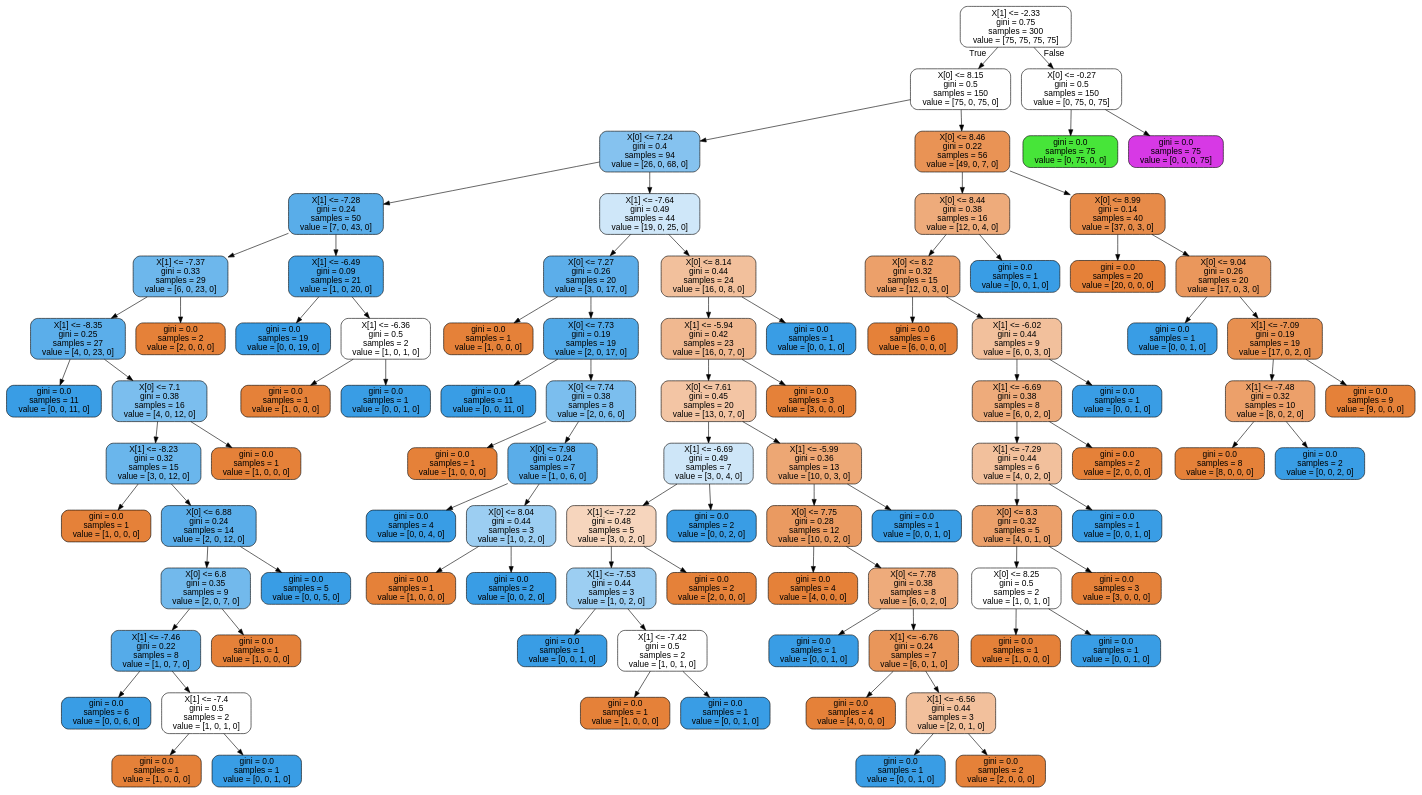
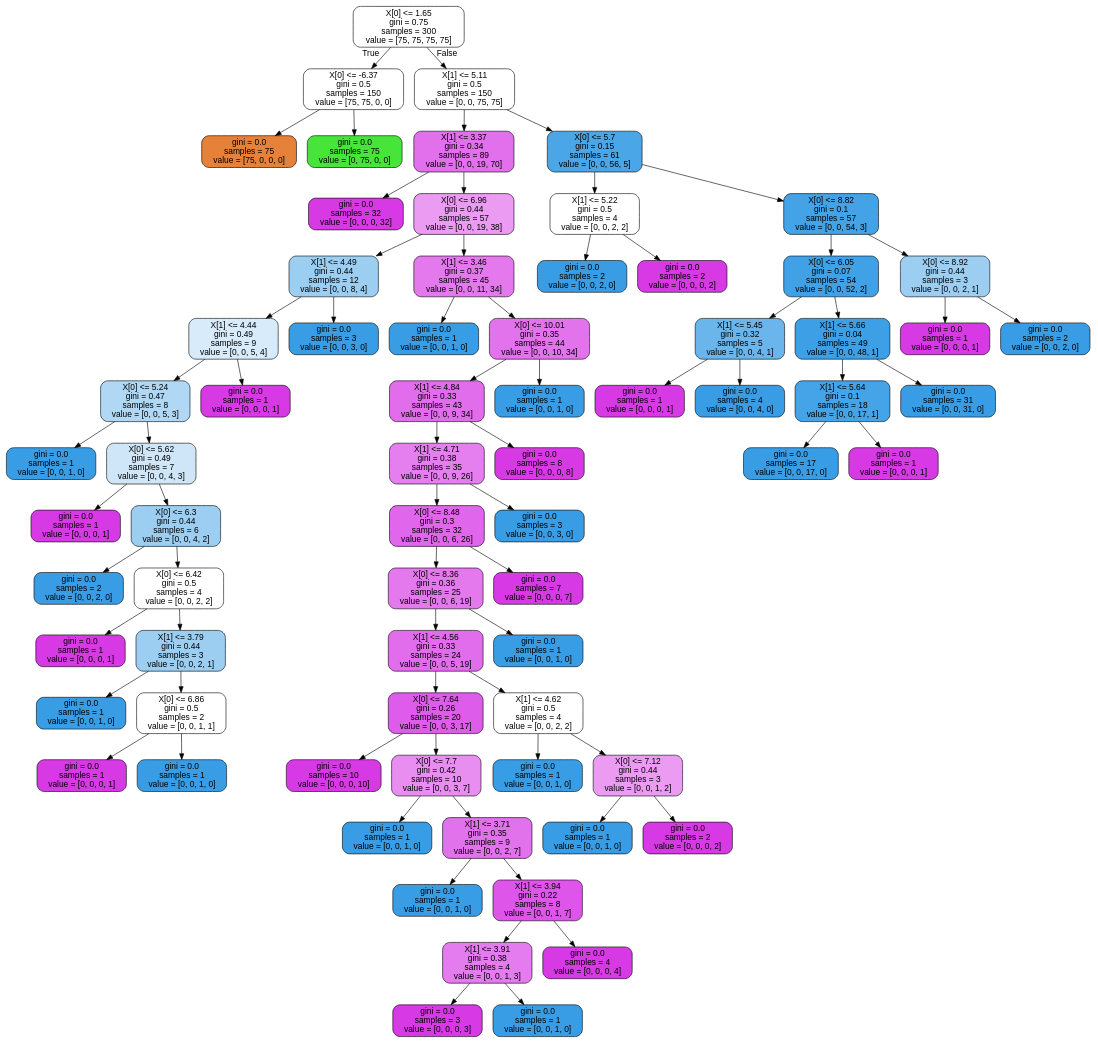
One commit to darcsoel/sandbox changed the diagram in machine_learning/sklearn_/tasks/tree.dot. Above: the diagram before and after it, drawn with Graphviz. The commit also changed 22 other files, not shown here.

```diff
--- a/machine_learning/sklearn_/tasks/tree.dot
+++ b/machine_learning/sklearn_/tasks/tree.dot
@@ -1,185 +1,145 @@
 digraph Tree {
 node [shape=box, style="filled, rounded", color="black", fontname=helvetica] ;
 edge [fontname=helvetica] ;
-0 [label="X[1] <= -2.33\ngini = 0.75\nsamples = 300\nvalue = [75, 75, 75, 75]", fillcolor="#ffffff"] ;
-1 [label="X[0] <= 8.15\ngini = 0.5\nsamples = 150\nvalue = [75, 0, 75, 0]", fillcolor="#ffffff"] ;
+0 [label="X[0] <= 1.65\ngini = 0.75\nsamples = 300\nvalue = [75, 75, 75, 75]", fillcolor="#ffffff"] ;
+1 [label="X[0] <= -6.37\ngini = 0.5\nsamples = 150\nvalue = [75, 75, 0, 0]", fillcolor="#ffffff"] ;
 0 -> 1 [labeldistance=2.5, labelangle=45, headlabel="True"] ;
-2 [label="X[0] <= 7.24\ngini = 0.4\nsamples = 94\nvalue = [26, 0, 68, 0]", fillcolor="#85c2ef"] ;
+2 [label="gini = 0.0\nsamples = 75\nvalue = [75, 0, 0, 0]", fillcolor="#e58139"] ;
 1 -> 2 ;
-3 [label="X[1] <= -7.28\ngini = 0.24\nsamples = 50\nvalue = [7, 0, 43, 0]", fillcolor="#59ade9"] ;
-2 -> 3 ;
-4 [label="X[1] <= -7.37\ngini = 0.33\nsamples = 29\nvalue = [6, 0, 23, 0]", fillcolor="#6db7ec"] ;
-3 -> 4 ;
-5 [label="X[1] <= -8.35\ngini = 0.25\nsamples = 27\nvalue = [4, 0, 23, 0]", fillcolor="#5baeea"] ;
+3 [label="gini = 0.0\nsamples = 75\nvalue = [0, 75, 0, 0]", fillcolor="#47e539"] ;
+1 -> 3 ;
+4 [label="X[1] <= 5.11\ngini = 0.5\nsamples = 150\nvalue = [0, 0, 75, 75]", fillcolor="#ffffff"] ;
+0 -> 4 [labeldistance=2.5, labelangle=-45, headlabel="False"] ;
+5 [label="X[1] <= 3.37\ngini = 0.34\nsamples = 89\nvalue = [0, 0, 19, 70]", fillcolor="#e26fec"] ;
 4 -> 5 ;
-6 [label="gini = 0.0\nsamples = 11\nvalue = [0, 0, 11, 0]", fillcolor="#399de5"] ;
+6 [label="gini = 0.0\nsamples = 32\nvalue = [0, 0, 0, 32]", fillcolor="#d739e5"] ;
 5 -> 6 ;
-7 [label="X[0] <= 7.1\ngini = 0.38\nsamples = 16\nvalue = [4, 0, 12, 0]", fillcolor="#7bbeee"] ;
+7 [label="X[0] <= 6.96\ngini = 0.44\nsamples = 57\nvalue = [0, 0, 19, 38]", fillcolor="#eb9cf2"] ;
 5 -> 7 ;
-8 [label="X[1] <= -8.23\ngini = 0.32\nsamples = 15\nvalue = [3, 0, 12, 0]", fillcolor="#6ab6ec"] ;
+8 [label="X[1] <= 4.49\ngini = 0.44\nsamples = 12\nvalue = [0, 0, 8, 4]", fillcolor="#9ccef2"] ;
 7 -> 8 ;
-9 [label="gini = 0.0\nsamples = 1\nvalue = [1, 0, 0, 0]", fillcolor="#e58139"] ;
+9 [label="X[1] <= 4.44\ngini = 0.49\nsamples = 9\nvalue = [0, 0, 5, 4]", fillcolor="#d7ebfa"] ;
 8 -> 9 ;
-10 [label="X[0] <= 6.88\ngini = 0.24\nsamples = 14\nvalue = [2, 0, 12, 0]", fillcolor="#5aade9"] ;
-8 -> 10 ;
-11 [label="X[0] <= 6.8\ngini = 0.35\nsamples = 9\nvalue = [2, 0, 7, 0]", fillcolor="#72b9ec"] ;
+10 [label="X[0] <= 5.24\ngini = 0.47\nsamples = 8\nvalue = [0, 0, 5, 3]", fillcolor="#b0d8f5"] ;
+9 -> 10 ;
+11 [label="gini = 0.0\nsamples = 1\nvalue = [0, 0, 1, 0]", fillcolor="#399de5"] ;
 10 -> 11 ;
-12 [label="X[1] <= -7.46\ngini = 0.22\nsamples = 8\nvalue = [1, 0, 7, 0]", fillcolor="#55abe9"] ;
-11 -> 12 ;
-13 [label="gini = 0.0\nsamples = 6\nvalue = [0, 0, 6, 0]", fillcolor="#399de5"] ;
+12 [label="X[0] <= 5.62\ngini = 0.49\nsamples = 7\nvalue = [0, 0, 4, 3]", fillcolor="#cee6f8"] ;
+10 -> 12 ;
+13 [label="gini = 0.0\nsamples = 1\nvalue = [0, 0, 0, 1]", fillcolor="#d739e5"] ;
 12 -> 13 ;
-14 [label="X[1] <= -7.4\ngini = 0.5\nsamples = 2\nvalue = [1, 0, 1, 0]", fillcolor="#ffffff"] ;
+14 [label="X[0] <= 6.3\ngini = 0.44\nsamples = 6\nvalue = [0, 0, 4, 2]", fillcolor="#9ccef2"] ;
 12 -> 14 ;
-15 [label="gini = 0.0\nsamples = 1\nvalue = [1, 0, 0, 0]", fillcolor="#e58139"] ;
+15 [label="gini = 0.0\nsamples = 2\nvalue = [0, 0, 2, 0]", fillcolor="#399de5"] ;
 14 -> 15 ;
-16 [label="gini = 0.0\nsamples = 1\nvalue = [0, 0, 1, 0]", fillcolor="#399de5"] ;
+16 [label="X[0] <= 6.42\ngini = 0.5\nsamples = 4\nvalue = [0, 0, 2, 2]", fillcolor="#ffffff"] ;
 14 -> 16 ;
-17 [label="gini = 0.0\nsamples = 1\nvalue = [1, 0, 0, 0]", fillcolor="#e58139"] ;
-11 -> 17 ;
-18 [label="gini = 0.0\nsamples = 5\nvalue = [0, 0, 5, 0]", fillcolor="#399de5"] ;
-10 -> 18 ;
-19 [label="gini = 0.0\nsamples = 1\nvalue = [1, 0, 0, 0]", fillcolor="#e58139"] ;
-7 -> 19 ;
-20 [label="gini = 0.0\nsamples = 2\nvalue = [2, 0, 0, 0]", fillcolor="#e58139"] ;
-4 -> 20 ;
-21 [label="X[1] <= -6.49\ngini = 0.09\nsamples = 21\nvalue = [1, 0, 20, 0]", fillcolor="#43a2e6"] ;
-3 -> 21 ;
-22 [label="gini = 0.0\nsamples = 19\nvalue = [0, 0, 19, 0]", fillcolor="#399de5"] ;
-21 -> 22 ;
-23 [label="X[1] <= -6.36\ngini = 0.5\nsamples = 2\nvalue = [1, 0, 1, 0]", fillcolor="#ffffff"] ;
-21 -> 23 ;
-24 [label="gini = 0.0\nsamples = 1\nvalue = [1, 0, 0, 0]", fillcolor="#e58139"] ;
-23 -> 24 ;
-25 [label="gini = 0.0\nsamples = 1\nvalue = [0, 0, 1, 0]", fillcolor="#399de5"] ;
-23 -> 25 ;
-26 [label="X[1] <= -7.64\ngini = 0.49\nsamples = 44\nvalue = [19, 0, 25, 0]", fillcolor="#cfe7f9"] ;
-2 -> 26 ;
-27 [label="X[0] <= 7.27\ngini = 0.26\nsamples = 20\nvalue = [3, 0, 17, 0]", fillcolor="#5caeea"] ;
-26 -> 27 ;
-28 [label="gini = 0.0\nsamples = 1\nvalue = [1, 0, 0, 0]", fillcolor="#e58139"] ;
+17 [label="gini = 0.0\nsamples = 1\nvalue = [0, 0, 0, 1]", fillcolor="#d739e5"] ;
+16 -> 17 ;
+18 [label="X[1] <= 3.79\ngini = 0.44\nsamples = 3\nvalue = [0, 0, 2, 1]", fillcolor="#9ccef2"] ;
+16 -> 18 ;
+19 [label="gini = 0.0\nsamples = 1\nvalue = [0, 0, 1, 0]", fillcolor="#399de5"] ;
+18 -> 19 ;
+20 [label="X[0] <= 6.86\ngini = 0.5\nsamples = 2\nvalue = [0, 0, 1, 1]", fillcolor="#ffffff"] ;
+18 -> 20 ;
+21 [label="gini = 0.0\nsamples = 1\nvalue = [0, 0, 0, 1]", fillcolor="#d739e5"] ;
+20 -> 21 ;
+22 [label="gini = 0.0\nsamples = 1\nvalue = [0, 0, 1, 0]", fillcolor="#399de5"] ;
+20 -> 22 ;
+23 [label="gini = 0.0\nsamples = 1\nvalue = [0, 0, 0, 1]", fillcolor="#d739e5"] ;
+9 -> 23 ;
+24 [label="gini = 0.0\nsamples = 3\nvalue = [0, 0, 3, 0]", fillcolor="#399de5"] ;
+8 -> 24 ;
+25 [label="X[1] <= 3.46\ngini = 0.37\nsamples = 45\nvalue = [0, 0, 11, 34]", fillcolor="#e479ed"] ;
+7 -> 25 ;
+26 [label="gini = 0.0\nsamples = 1\nvalue = [0, 0, 1, 0]", fillcolor="#399de5"] ;
+25 -> 26 ;
+27 [label="X[0] <= 10.01\ngini = 0.35\nsamples = 44\nvalue = [0, 0, 10, 34]", fillcolor="#e373ed"] ;
+25 -> 27 ;
+28 [label="X[1] <= 4.84\ngini = 0.33\nsamples = 43\nvalue = [0, 0, 9, 34]", fillcolor="#e26dec"] ;
 27 -> 28 ;
-29 [label="X[0] <= 7.73\ngini = 0.19\nsamples = 19\nvalue = [2, 0, 17, 0]", fillcolor="#50a9e8"] ;
-27 -> 29 ;
-30 [label="gini = 0.0\nsamples = 11\nvalue = [0, 0, 11, 0]", fillcolor="#399de5"] ;
+29 [label="X[1] <= 4.71\ngini = 0.38\nsamples = 35\nvalue = [0, 0, 9, 26]", fillcolor="#e57eee"] ;
+28 -> 29 ;
+30 [label="X[0] <= 8.48\ngini = 0.3\nsamples = 32\nvalue = [0, 0, 6, 26]", fillcolor="#e067eb"] ;
 29 -> 30 ;
-31 [label="X[0] <= 7.74\ngini = 0.38\nsamples = 8\nvalue = [2, 0, 6, 0]", fillcolor="#7bbeee"] ;
-29 -> 31 ;
-32 [label="gini = 0.0\nsamples = 1\nvalue = [1, 0, 0, 0]", fillcolor="#e58139"] ;
+31 [label="X[0] <= 8.36\ngini = 0.36\nsamples = 25\nvalue = [0, 0, 6, 19]", fillcolor="#e478ed"] ;
+30 -> 31 ;
+32 [label="X[1] <= 4.56\ngini = 0.33\nsamples = 24\nvalue = [0, 0, 5, 19]", fillcolor="#e26dec"] ;
 31 -> 32 ;
-33 [label="X[0] <= 7.98\ngini = 0.24\nsamples = 7\nvalue = [1, 0, 6, 0]", fillcolor="#5aade9"] ;
-31 -> 33 ;
-34 [label="gini = 0.0\nsamples = 4\nvalue = [0, 0, 4, 0]", fillcolor="#399de5"] ;
+33 [label="X[0] <= 7.64\ngini = 0.26\nsamples = 20\nvalue = [0, 0, 3, 17]", fillcolor="#de5cea"] ;
+32 -> 33 ;
+34 [label="gini = 0.0\nsamples = 10\nvalue = [0, 0, 0, 10]", fillcolor="#d739e5"] ;
 33 -> 34 ;
-35 [label="X[0] <= 8.04\ngini = 0.44\nsamples = 3\nvalue = [1, 0, 2, 0]", fillcolor="#9ccef2"] ;
+35 [label="X[0] <= 7.7\ngini = 0.42\nsamples = 10\nvalue = [0, 0, 3, 7]", fillcolor="#e88ef0"] ;
 33 -> 35 ;
-36 [label="gini = 0.0\nsamples = 1\nvalue = [1, 0, 0, 0]", fillcolor="#e58139"] ;
+36 [label="gini = 0.0\nsamples = 1\nvalue = [0, 0, 1, 0]", fillcolor="#399de5"] ;
 35 -> 36 ;
-37 [label="gini = 0.0\nsamples = 2\nvalue = [0, 0, 2, 0]", fillcolor="#399de5"] ;
+37 [label="X[1] <= 3.71\ngini = 0.35\nsamples = 9\nvalue = [0, 0, 2, 7]", fillcolor="#e272ec"] ;
 35 -> 37 ;
-38 [label="X[0] <= 8.14\ngini = 0.44\nsamples = 24\nvalue = [16, 0, 8, 0]", fillcolor="#f2c09c"] ;
-26 -> 38 ;
-39 [label="X[1] <= -5.94\ngini = 0.42\nsamples = 23\nvalue = [16, 0, 7, 0]", fillcolor="#f0b890"] ;
-38 -> 39 ;
-40 [label="X[0] <= 7.61\ngini = 0.45\nsamples = 20\nvalue = [13, 0, 7, 0]", fillcolor="#f3c5a4"] ;
+38 [label="gini = 0.0\nsamples = 1\nvalue = [0, 0, 1, 0]", fillcolor="#399de5"] ;
+37 -> 38 ;
+39 [label="X[1] <= 3.94\ngini = 0.22\nsamples = 8\nvalue = [0, 0, 1, 7]", fillcolor="#dd55e9"] ;
+37 -> 39 ;
+40 [label="X[1] <= 3.91\ngini = 0.38\nsamples = 4\nvalue = [0, 0, 1, 3]", fillcolor="#e47bee"] ;
 39 -> 40 ;
-41 [label="X[1] <= -6.69\ngini = 0.49\nsamples = 7\nvalue = [3, 0, 4, 0]", fillcolor="#cee6f8"] ;
+41 [label="gini = 0.0\nsamples = 3\nvalue = [0, 0, 0, 3]", fillcolor="#d739e5"] ;
 40 -> 41 ;
-42 [label="X[1] <= -7.22\ngini = 0.48\nsamples = 5\nvalue = [3, 0, 2, 0]", fillcolor="#f6d5bd"] ;
-41 -> 42 ;
-43 [label="X[1] <= -7.53\ngini = 0.44\nsamples = 3\nvalue = [1, 0, 2, 0]", fillcolor="#9ccef2"] ;
-42 -> 43 ;
-44 [label="gini = 0.0\nsamples = 1\nvalue = [0, 0, 1, 0]", fillcolor="#399de5"] ;
-43 -> 44 ;
-45 [label="X[1] <= -7.42\ngini = 0.5\nsamples = 2\nvalue = [1, 0, 1, 0]", fillcolor="#ffffff"] ;
-43 -> 45 ;
-46 [label="gini = 0.0\nsamples = 1\nvalue = [1, 0, 0, 0]", fillcolor="#e58139"] ;
-45 -> 46 ;
+42 [label="gini = 0.0\nsamples = 1\nvalue = [0, 0, 1, 0]", fillcolor="#399de5"] ;
+40 -> 42 ;
+43 [label="gini = 0.0\nsamples = 4\nvalue = [0, 0, 0, 4]", fillcolor="#d739e5"] ;
+39 -> 43 ;
+44 [label="X[1] <= 4.62\ngini = 0.5\nsamples = 4\nvalue = [0, 0, 2, 2]", fillcolor="#ffffff"] ;
+32 -> 44 ;
+45 [label="gini = 0.0\nsamples = 1\nvalue = [0, 0, 1, 0]", fillcolor="#399de5"] ;
+44 -> 45 ;
+46 [label="X[0] <= 7.12\ngini = 0.44\nsamples = 3\nvalue = [0, 0, 1, 2]", fillcolor="#eb9cf2"] ;
+44 -> 46 ;
 47 [label="gini = 0.0\nsamples = 1\nvalue = [0, 0, 1, 0]", fillcolor="#399de5"] ;
-45 -> 47 ;
-48 [label="gini = 0.0\nsamples = 2\nvalue = [2, 0, 0, 0]", fillcolor="#e58139"] ;
-42 -> 48 ;
-49 [label="gini = 0.0\nsamples = 2\nvalue = [0, 0, 2, 0]", fillcolor="#399de5"] ;
-41 -> 49 ;
-50 [label="X[1] <= -5.99\ngini = 0.36\nsamples = 13\nvalue = [10, 0, 3, 0]", fillcolor="#eda774"] ;
-40 -> 50 ;
-51 [label="X[0] <= 7.75\ngini = 0.28\nsamples = 12\nvalue = [10, 0, 2, 0]", fillcolor="#ea9a61"] ;
-50 -> 51 ;
-52 [label="gini = 0.0\nsamples = 4\nvalue = [4, 0, 0, 0]", fillcolor="#e58139"] ;
-51 -> 52 ;
-53 [label="X[0] <= 7.78\ngini = 0.38\nsamples = 8\nvalue = [6, 0, 2, 0]", fillcolor="#eeab7b"] ;
-51 -> 53 ;
-54 [label="gini = 0.0\nsamples = 1\nvalue = [0, 0, 1, 0]", fillcolor="#399de5"] ;
-53 -> 54 ;
-55 [label="X[1] <= -6.76\ngini = 0.24\nsamples = 7\nvalue = [6, 0, 1, 0]", fillcolor="#e9965a"] ;
-53 -> 55 ;
-56 [label="gini = 0.0\nsamples = 4\nvalue = [4, 0, 0, 0]", fillcolor="#e58139"] ;
+46 -> 47 ;
+48 [label="gini = 0.0\nsamples = 2\nvalue = [0, 0, 0, 2]", fillcolor="#d739e5"] ;
+46 -> 48 ;
+49 [label="gini = 0.0\nsamples = 1\nvalue = [0, 0, 1, 0]", fillcolor="#399de5"] ;
+31 -> 49 ;
+50 [label="gini = 0.0\nsamples = 7\nvalue = [0, 0, 0, 7]", fillcolor="#d739e5"] ;
+30 -> 50 ;
+51 [label="gini = 0.0\nsamples = 3\nvalue = [0, 0, 3, 0]", fillcolor="#399de5"] ;
+29 -> 51 ;
+52 [label="gini = 0.0\nsamples = 8\nvalue = [0, 0, 0, 8]", fillcolor="#d739e5"] ;
+28 -> 52 ;
+53 [label="gini = 0.0\nsamples = 1\nvalue = [0, 0, 1, 0]", fillcolor="#399de5"] ;
+27 -> 53 ;
+54 [label="X[0] <= 5.7\ngini = 0.15\nsamples = 61\nvalue = [0, 0, 56, 5]", fillcolor="#4ba6e7"] ;
+4 -> 54 ;
+55 [label="X[1] <= 5.22\ngini = 0.5\nsamples = 4\nvalue = [0, 0, 2, 2]", fillcolor="#ffffff"] ;
+54 -> 55 ;
+56 [label="gini = 0.0\nsamples = 2\nvalue = [0, 0, 2, 0]", fillcolor="#399de5"] ;
 55 -> 56 ;
-57 [label="X[1] <= -6.56\ngini = 0.44\nsamples = 3\nvalue = [2, 0, 1, 0]", fillcolor="#f2c09c"] ;
+57 [label="gini = 0.0\nsamples = 2\nvalue = [0, 0, 0, 2]", fillcolor="#d739e5"] ;
 55 -> 57 ;
-58 [label="gini = 0.0\nsamples = 1\nvalue = [0, 0, 1, 0]", fillcolor="#399de5"] ;
-57 -> 58 ;
-59 [label="gini = 0.0\nsamples = 2\nvalue = [2, 0, 0, 0]", fillcolor="#e58139"] ;
-57 -> 59 ;
-60 [label="gini = 0.0\nsamples = 1\nvalue = [0, 0, 1, 0]", fillcolor="#399de5"] ;
-50 -> 60 ;
-61 [label="gini = 0.0\nsamples = 3\nvalue = [3, 0, 0, 0]", fillcolor="#e58139"] ;
-39 -> 61 ;
-62 [label="gini = 0.0\nsamples = 1\nvalue = [0, 0, 1, 0]", fillcolor="#399de5"] ;
-38 -> 62 ;
-63 [label="X[0] <= 8.46\ngini = 0.22\nsamples = 56\nvalue = [49, 0, 7, 0]", fillcolor="#e99355"] ;
-1 -> 63 ;
-64 [label="X[0] <= 8.44\ngini = 0.38\nsamples = 16\nvalue = [12, 0, 4, 0]", fillcolor="#eeab7b"] ;
+58 [label="X[0] <= 8.82\ngini = 0.1\nsamples = 57\nvalue = [0, 0, 54, 3]", fillcolor="#44a2e6"] ;
+54 -> 58 ;
+59 [label="X[0] <= 6.05\ngini = 0.07\nsamples = 54\nvalue = [0, 0, 52, 2]", fillcolor="#41a1e6"] ;
+58 -> 59 ;
+60 [label="X[1] <= 5.45\ngini = 0.32\nsamples = 5\nvalue = [0, 0, 4, 1]", fillcolor="#6ab6ec"] ;
+59 -> 60 ;
+61 [label="gini = 0.0\nsamples = 1\nvalue = [0, 0, 0, 1]", fillcolor="#d739e5"] ;
+60 -> 61 ;
+62 [label="gini = 0.0\nsamples = 4\nvalue = [0, 0, 4, 0]", fillcolor="#399de5"] ;
+60 -> 62 ;
+63 [label="X[1] <= 5.66\ngini = 0.04\nsamples = 49\nvalue = [0, 0, 48, 1]", fillcolor="#3d9fe6"] ;
+59 -> 63 ;
+64 [label="X[1] <= 5.64\ngini = 0.1\nsamples = 18\nvalue = [0, 0, 17, 1]", fillcolor="#45a3e7"] ;
 63 -> 64 ;
-65 [label="X[0] <= 8.2\ngini = 0.32\nsamples = 15\nvalue = [12, 0, 3, 0]", fillcolor="#eca06a"] ;
+65 [label="gini = 0.0\nsamples = 17\nvalue = [0, 0, 17, 0]", fillcolor="#399de5"] ;
 64 -> 65 ;
-66 [label="gini = 0.0\nsamples = 6\nvalue = [6, 0, 0, 0]", fillcolor="#e58139"] ;
-65 -> 66 ;
-67 [label="X[1] <= -6.02\ngini = 0.44\nsamples = 9\nvalue = [6, 0, 3, 0]", fillcolor="#f2c09c"] ;
-65 -> 67 ;
-68 [label="X[1] <= -6.69\ngini = 0.38\nsamples = 8\nvalue = [6, 0, 2, 0]", fillcolor="#eeab7b"] ;
-67 -> 68 ;
-69 [label="X[1] <= -7.29\ngini = 0.44\nsamples = 6\nvalue = [4, 0, 2, 0]", fillcolor="#f2c09c"] ;
+66 [label="gini = 0.0\nsamples = 1\nvalue = [0, 0, 0, 1]", fillcolor="#d739e5"] ;
+64 -> 66 ;
+67 [label="gini = 0.0\nsamples = 31\nvalue = [0, 0, 31, 0]", fillcolor="#399de5"] ;
+63 -> 67 ;
+68 [label="X[0] <= 8.92\ngini = 0.44\nsamples = 3\nvalue = [0, 0, 2, 1]", fillcolor="#9ccef2"] ;
+58 -> 68 ;
+69 [label="gini = 0.0\nsamples = 1\nvalue = [0, 0, 0, 1]", fillcolor="#d739e5"] ;
 68 -> 69 ;
-70 [label="X[0] <= 8.3\ngini = 0.32\nsamples = 5\nvalue = [4, 0, 1, 0]", fillcolor="#eca06a"] ;
-69 -> 70 ;
-71 [label="X[0] <= 8.25\ngini = 0.5\nsamples = 2\nvalue = [1, 0, 1, 0]", fillcolor="#ffffff"] ;
-70 -> 71 ;
-72 [label="gini = 0.0\nsamples = 1\nvalue = [1, 0, 0, 0]", fillcolor="#e58139"] ;
-71 -> 72 ;
-73 [label="gini = 0.0\nsamples = 1\nvalue = [0, 0, 1, 0]", fillcolor="#399de5"] ;
-71 -> 73 ;
-74 [label="gini = 0.0\nsamples = 3\nvalue = [3, 0, 0, 0]", fillcolor="#e58139"] ;
-70 -> 74 ;
-75 [label="gini = 0.0\nsamples = 1\nvalue = [0, 0, 1, 0]", fillcolor="#399de5"] ;
-69 -> 75 ;
-76 [label="gini = 0.0\nsamples = 2\nvalue = [2, 0, 0, 0]", fillcolor="#e58139"] ;
-68 -> 76 ;
-77 [label="gini = 0.0\nsamples = 1\nvalue = [0, 0, 1, 0]", fillcolor="#399de5"] ;
-67 -> 77 ;
-78 [label="gini = 0.0\nsamples = 1\nvalue = [0, 0, 1, 0]", fillcolor="#399de5"] ;
-64 -> 78 ;
-79 [label="X[0] <= 8.99\ngini = 0.14\nsamples = 40\nvalue = [37, 0, 3, 0]", fillcolor="#e78b49"] ;
-63 -> 79 ;
-80 [label="gini = 0.0\nsamples = 20\nvalue = [20, 0, 0, 0]", fillcolor="#e58139"] ;
-79 -> 80 ;
-81 [label="X[0] <= 9.04\ngini = 0.26\nsamples = 20\nvalue = [17, 0, 3, 0]", fillcolor="#ea975c"] ;
-79 -> 81 ;
-82 [label="gini = 0.0\nsamples = 1\nvalue = [0, 0, 1, 0]", fillcolor="#399de5"] ;
-81 -> 82 ;
-83 [label="X[1] <= -7.09\ngini = 0.19\nsamples = 19\nvalue = [17, 0, 2, 0]", fillcolor="#e89050"] ;
-81 -> 83 ;
-84 [label="X[1] <= -7.48\ngini = 0.32\nsamples = 10\nvalue = [8, 0, 2, 0]", fillcolor="#eca06a"] ;
-83 -> 84 ;
-85 [label="gini = 0.0\nsamples = 8\nvalue = [8, 0, 0, 0]", fillcolor="#e58139"] ;
-84 -> 85 ;
-86 [label="gini = 0.0\nsamples = 2\nvalue = [0, 0, 2, 0]", fillcolor="#399de5"] ;
-84 -> 86 ;
-87 [label="gini = 0.0\nsamples = 9\nvalue = [9, 0, 0, 0]", fillcolor="#e58139"] ;
-83 -> 87 ;
-88 [label="X[0] <= -0.27\ngini = 0.5\nsamples = 150\nvalue = [0, 75, 0, 75]", fillcolor="#ffffff"] ;
-0 -> 88 [labeldistance=2.5, labelangle=-45, headlabel="False"] ;
-89 [label="gini = 0.0\nsamples = 75\nvalue = [0, 75, 0, 0]", fillcolor="#47e539"] ;
-88 -> 89 ;
-90 [label="gini = 0.0\nsamples = 75\nvalue = [0, 0, 0, 75]", fillcolor="#d739e5"] ;
-88 -> 90 ;
+70 [label="gini = 0.0\nsamples = 2\nvalue = [0, 0, 2, 0]", fillcolor="#399de5"] ;
+68 -> 70 ;
 }
```
